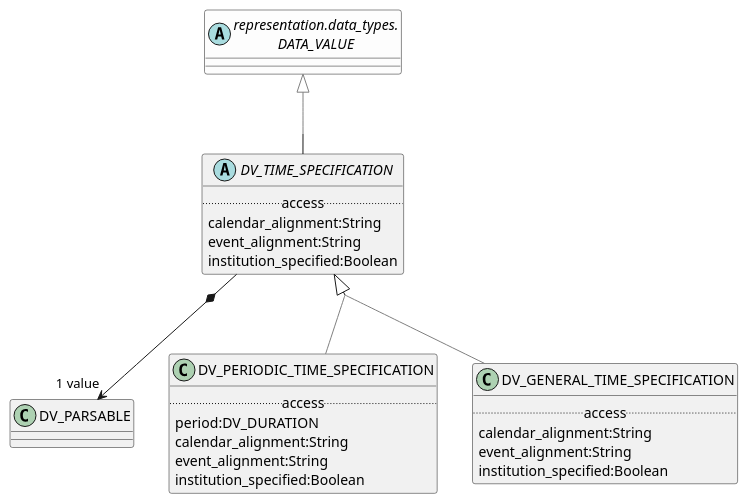
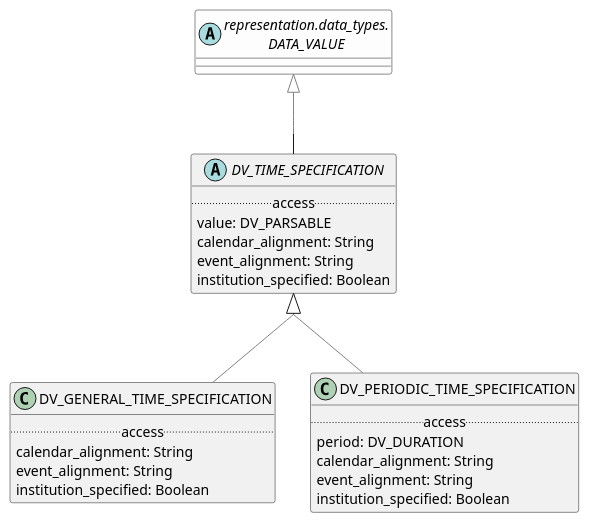
The diagram in modules/ROOT/examples/bmm/representation/data_types/time_specification/time_specification-package-uml.adoc (wolandscat/openehr-doc), drawn with PlantUML before and after one commit. The commit also changed 293 other files, not shown here.

Commit message:
Regen with tweaks to UML output and correct metatypes for nested generics.

```diff
--- a/modules/ROOT/examples/bmm/representation/data_types/time_specification/time_specification-package-uml.adoc
+++ b/modules/ROOT/examples/bmm/representation/data_types/time_specification/time_specification-package-uml.adoc
@@ -3,42 +3,41 @@
 [plantuml,opts=interactive,link=self]
 ....
 skinparam groupInheritance 2
 skinparam citedClassColor #FDFDFD
 
 
 abstract class DV_TIME_SPECIFICATION [[/openehr-doc/latest/representation/data_types-gen.html#_class_dv_time_specification]] {
         .. access ..
-        calendar_alignment:String
-        event_alignment:String
-        institution_specified:Boolean
+        value: DV_PARSABLE
+        calendar_alignment: String
+        event_alignment: String
+        institution_specified: Boolean
 }
 
 DV_TIME_SPECIFICATION -[#gray]up-|> DATA_VALUE  
 
 
-DV_TIME_SPECIFICATION *--> "1 value" DV_PARSABLE
+class DV_GENERAL_TIME_SPECIFICATION [[/openehr-doc/latest/representation/data_types-gen.html#_class_dv_general_time_specification]] {
+        .. access ..
+        calendar_alignment: String
+        event_alignment: String
+        institution_specified: Boolean
+}
+
+DV_GENERAL_TIME_SPECIFICATION -[#gray]up-|> DV_TIME_SPECIFICATION  
+
 
 class DV_PERIODIC_TIME_SPECIFICATION [[/openehr-doc/latest/representation/data_types-gen.html#_class_dv_periodic_time_specification]] {
         .. access ..
-        period:DV_DURATION
-        calendar_alignment:String
-        event_alignment:String
-        institution_specified:Boolean
+        period: DV_DURATION
+        calendar_alignment: String
+        event_alignment: String
+        institution_specified: Boolean
 }
 
 DV_PERIODIC_TIME_SPECIFICATION -[#gray]up-|> DV_TIME_SPECIFICATION  
-
-
-class DV_GENERAL_TIME_SPECIFICATION [[/openehr-doc/latest/representation/data_types-gen.html#_class_dv_general_time_specification]] {
-        .. access ..
-        calendar_alignment:String
-        event_alignment:String
-        institution_specified:Boolean
-}
-
-DV_GENERAL_TIME_SPECIFICATION -[#gray]up-|> DV_TIME_SPECIFICATION  
 
 abstract class "representation.data_types.\nDATA_VALUE" as DATA_VALUE  [[/openehr-doc/latest/representation/data_types-gen.html#_class_data_value]] #FDFDFD {
 }
 
 ....
```
